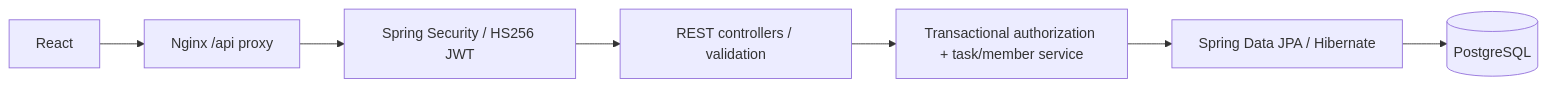
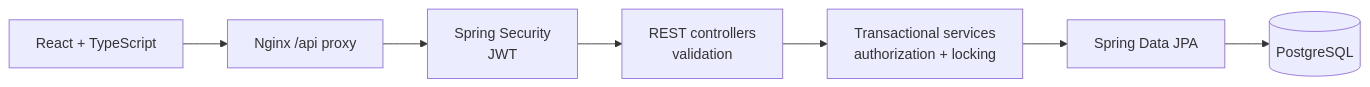
One commit to SaiSumedh18/taskflow changed the diagram in README.md. Above: the diagram before and after it, drawn with Mermaid. The commit also changed other lines of this file and 2 other files, not shown here.

````diff
--- a/README.md
+++ b/README.md
@@ -622,9 +22,9 @@
 ```mermaid
 flowchart LR
- React --> Nginx[Nginx /api proxy]
- Nginx --> Security[Spring Security / HS256 JWT]
- Security --> API[REST controllers / validation]
- API --> Service[Transactional authorization + task/member service]
- Service --> JPA[Spring Data JPA / Hibernate]
- JPA --> PG[(PostgreSQL)]
+  UI[React + TypeScript] --> N[Nginx /api proxy]
+  N --> S[Spring Security<br/>JWT]
+  S --> C[REST controllers<br/>validation]
+  C --> SV[Transactional services<br/>authorization + locking]
+  SV --> J[Spring Data JPA]
+  J --> PG[(PostgreSQL)]
 ```
````
